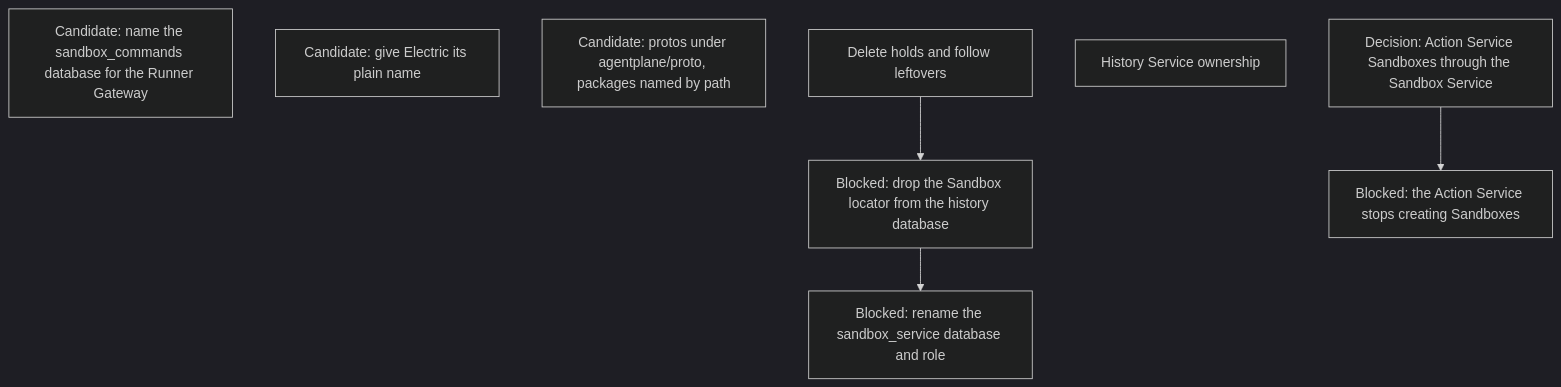
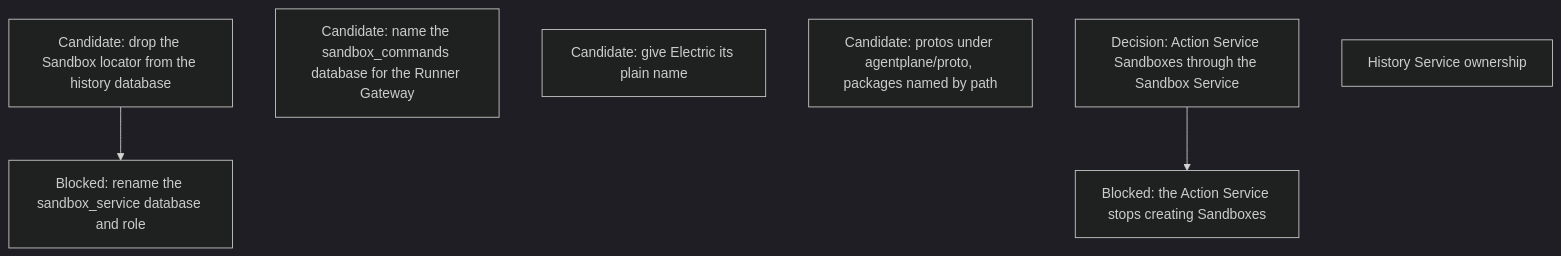
Before and after one commit to agentydragon/ducktape: the tenth of 13 diagrams in agentplane/plans/task_dag.md, drawn with Mermaid (dark theme). The commit also changed other lines of this file and 43 other files, not shown here.

First line of the commit message:
agentplane: delete retention holds and teardown's unpushed path (#10000)

````diff
--- a/agentplane/plans/task_dag.md
+++ b/agentplane/plans/task_dag.md
@@ -688,14 +689,13 @@
 ```mermaid
 flowchart TD
-    HISTORY_SANDBOX_LOCATOR_DROP[Blocked: drop the Sandbox locator from the history database]
+    HISTORY_SANDBOX_LOCATOR_DROP[Candidate: drop the Sandbox locator from the history database]
     HISTORY_DATABASE_RENAME[Blocked: rename the sandbox_service database and role]
     SANDBOX_DATABASE_RENAME[Candidate: name the sandbox_commands database for the Runner Gateway]
     ELECTRIC_DEPLOYMENT_RENAME[Candidate: give Electric its plain name]
     PROTO_DIRECTORY[Candidate: protos under agentplane/proto, packages named by path]
     ACTION_SANDBOX_DESIGN[Decision: Action Service Sandboxes through the Sandbox Service]
     ACTION_SANDBOX_PROVISIONING[Blocked: the Action Service stops creating Sandboxes]
     ACTION_SANDBOX_DESIGN --> ACTION_SANDBOX_PROVISIONING
     HISTORY_SERVICE_OWNERSHIP[History Service ownership]
-    FOLLOW_PATH_RETIRE[Delete holds and follow leftovers] --> HISTORY_SANDBOX_LOCATOR_DROP
     HISTORY_SANDBOX_LOCATOR_DROP --> HISTORY_DATABASE_RENAME
 ```
````
